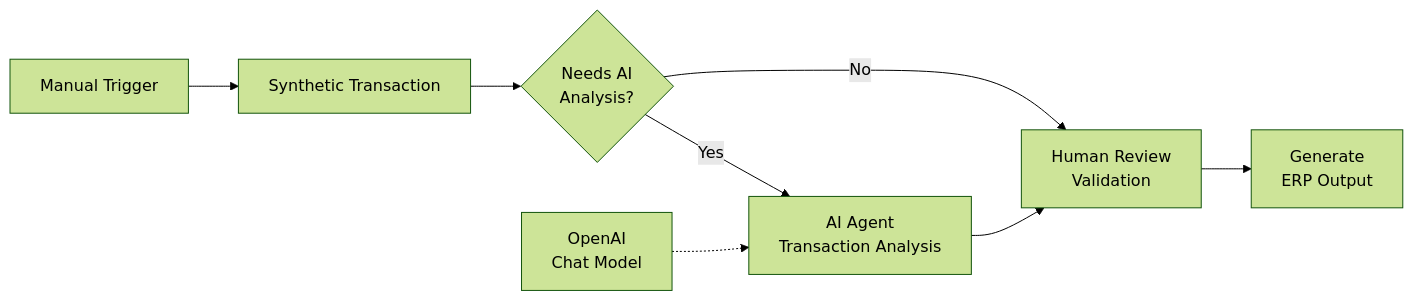
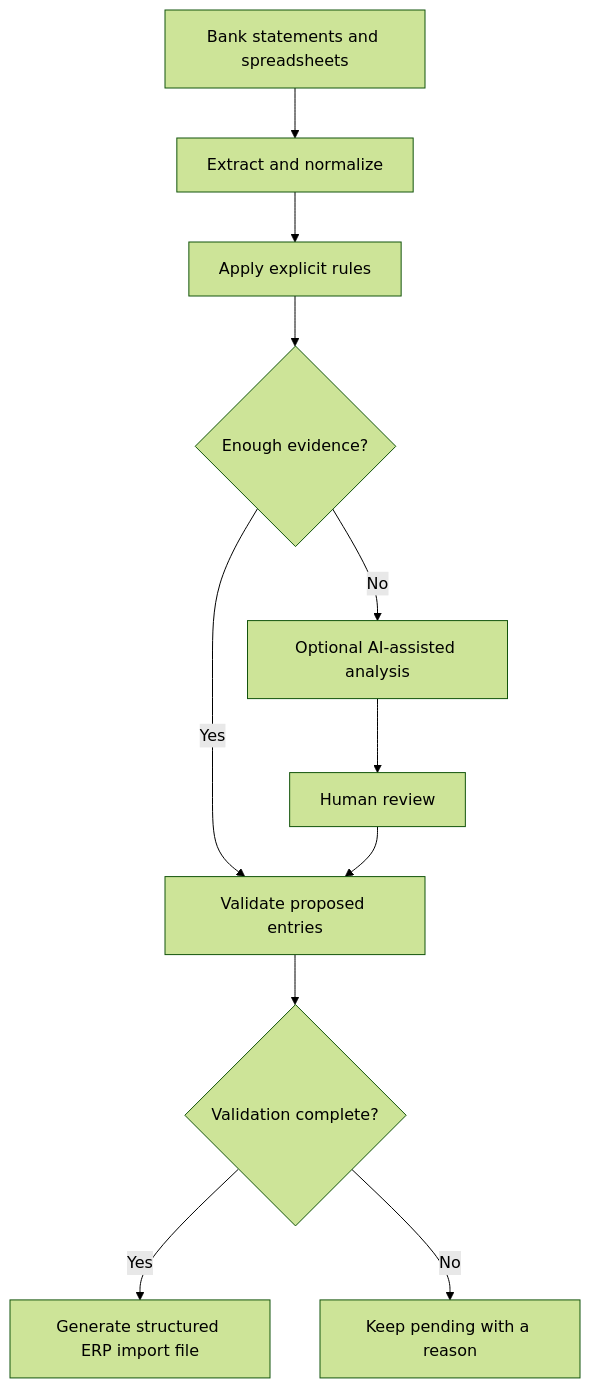
The diagram in README.md (TheoMAS23/ai-accounting-automation), drawn with Mermaid (forest theme) before and after one commit. The commit also changed other lines of this file, not shown here.

Commit message:
Present accounting automation as a documented architecture case study

````diff
--- a/README.md
+++ b/README.md
@@ -101,16 +37,13 @@
 ```mermaid
-flowchart LR
-    A["Manual Trigger"] --> B["Synthetic Transaction"]
-
-    B --> C{"Needs AI<br/>Analysis?"}
-
-    C -->|Yes| D["AI Agent<br/>Transaction Analysis"]
-
-    C -->|No| F["Validation"]
-
-    E["OpenAI<br/>Chat Model"] -.-> D
-
-    D --> F["Human Review<br/>Validation"]
-
-    F --> G["Generate<br/>ERP Output"]
+flowchart TD
+    input["Bank statements and spreadsheets"] --> normalize["Extract and normalize"]
+    normalize --> rules["Apply explicit rules"]
+    rules --> resolved{"Enough evidence?"}
+    resolved -->|Yes| validate["Validate proposed entries"]
+    resolved -->|No| assist["Optional AI-assisted analysis"]
+    assist --> review["Human review"]
+    review --> validate
+    validate --> accepted{"Validation complete?"}
+    accepted -->|Yes| output["Generate structured ERP import file"]
+    accepted -->|No| pending["Keep pending with a reason"]
 ```
````
